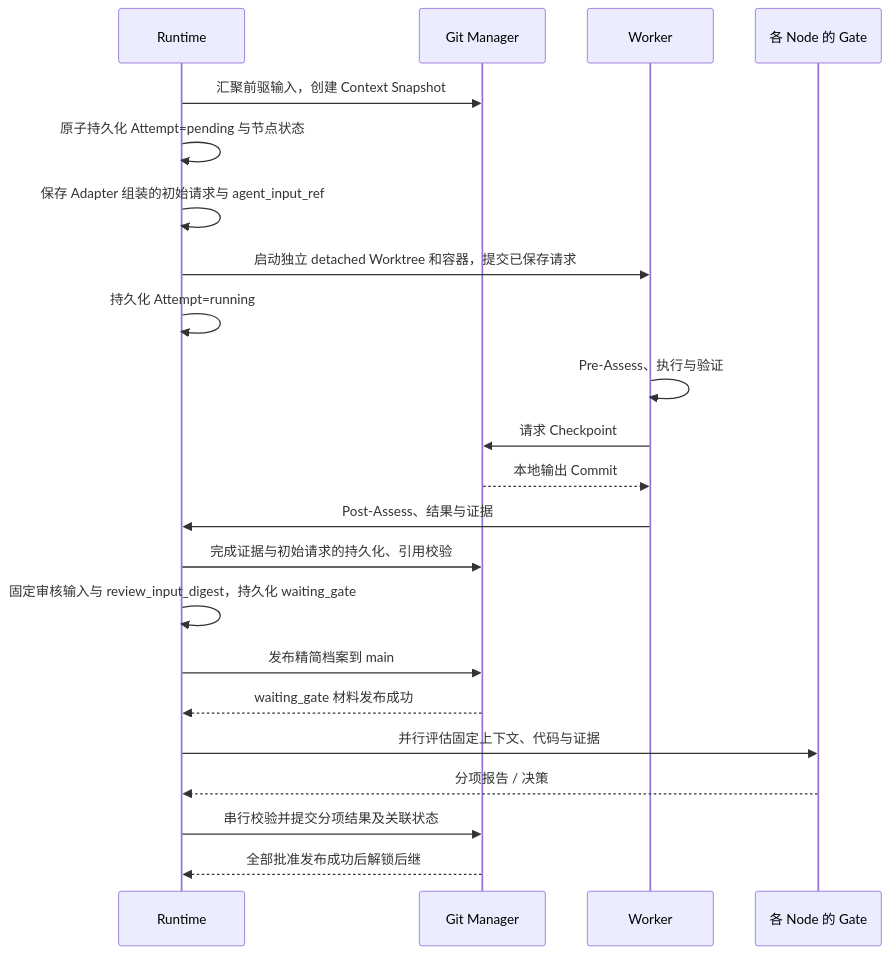
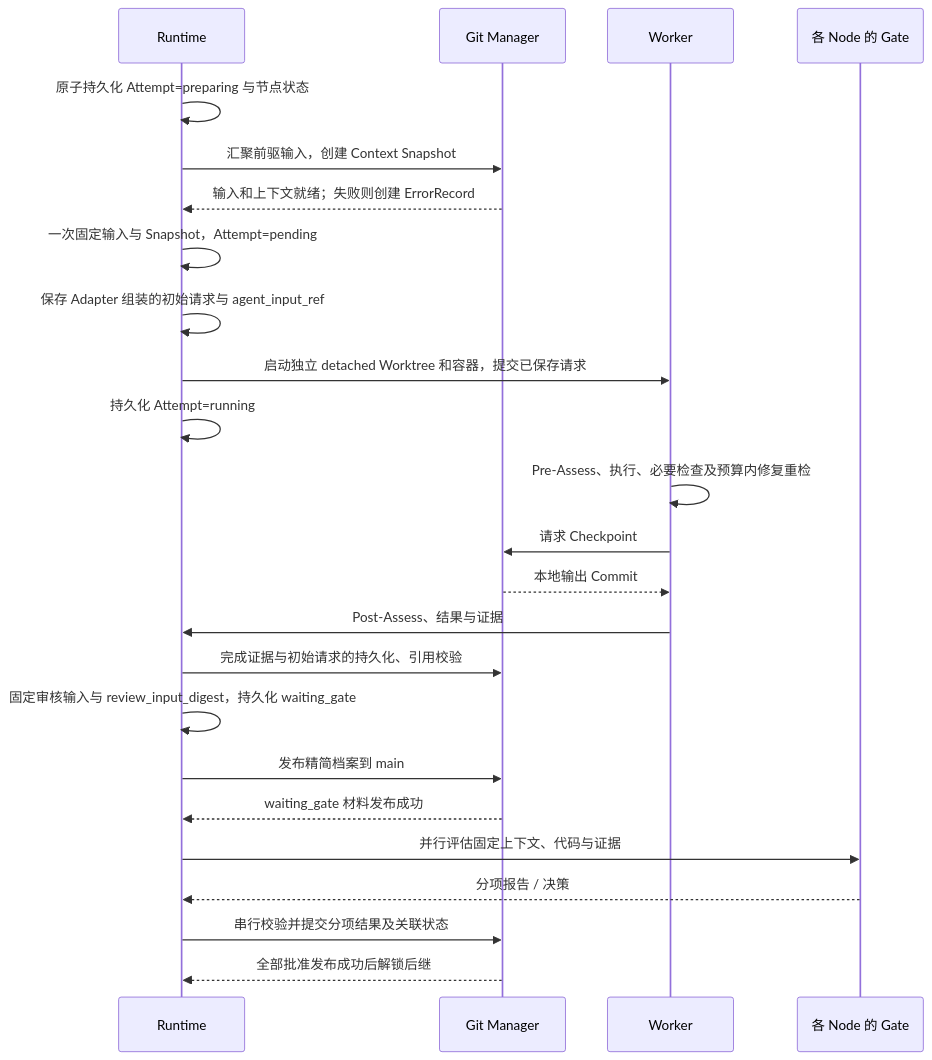
The diagram in design/04-execution.md (LingMessy/facetloom), drawn with Mermaid before and after one commit. The commit also changed other lines of this file and 10 other files, not shown here.

````diff
--- a/design/04-execution.md
+++ b/design/04-execution.md
@@ -7,24 +7,26 @@
 ```mermaid
 sequenceDiagram
     participant RT as Runtime
     participant GM as Git Manager
     participant W as Worker
     participant G as 各 Node 的 Gate
+    RT->>RT: 原子持久化 Attempt=preparing 与节点状态
     RT->>GM: 汇聚前驱输入，创建 Context Snapshot
-    RT->>RT: 原子持久化 Attempt=pending 与节点状态
+    GM-->>RT: 输入和上下文就绪；失败则创建 ErrorRecord
+    RT->>RT: 一次固定输入与 Snapshot，Attempt=pending
     RT->>RT: 保存 Adapter 组装的初始请求与 agent_input_ref
     RT->>W: 启动独立 detached Worktree 和容器，提交已保存请求
     RT->>RT: 持久化 Attempt=running
-    W->>W: Pre-Assess、执行与验证
+    W->>W: Pre-Assess、执行、必要检查及预算内修复重检
     W->>GM: 请求 Checkpoint
     GM-->>W: 本地输出 Commit
     W->>RT: Post-Assess、结果与证据
     RT->>GM: 完成证据与初始请求的持久化、引用校验
     RT->>RT: 固定审核输入与 review_input_digest，持久化 waiting_gate
     RT->>GM: 发布精简档案到 main
     GM-->>RT: waiting_gate 材料发布成功
     RT->>G: 并行评估固定上下文、代码与证据
     G-->>RT: 分项报告 / 决策
     RT->>GM: 串行校验并提交分项结果及关联状态
     GM-->>RT: 全部批准发布成功后解锁后继
 ```
````
